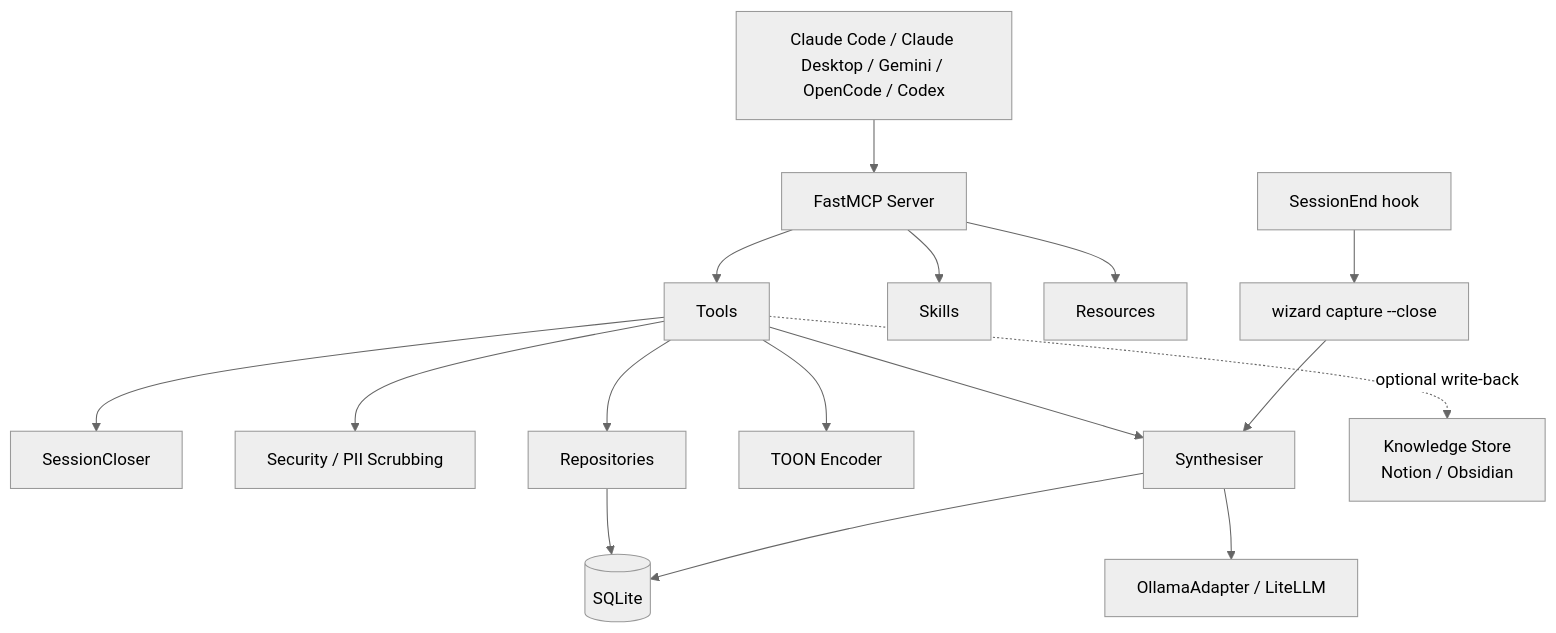
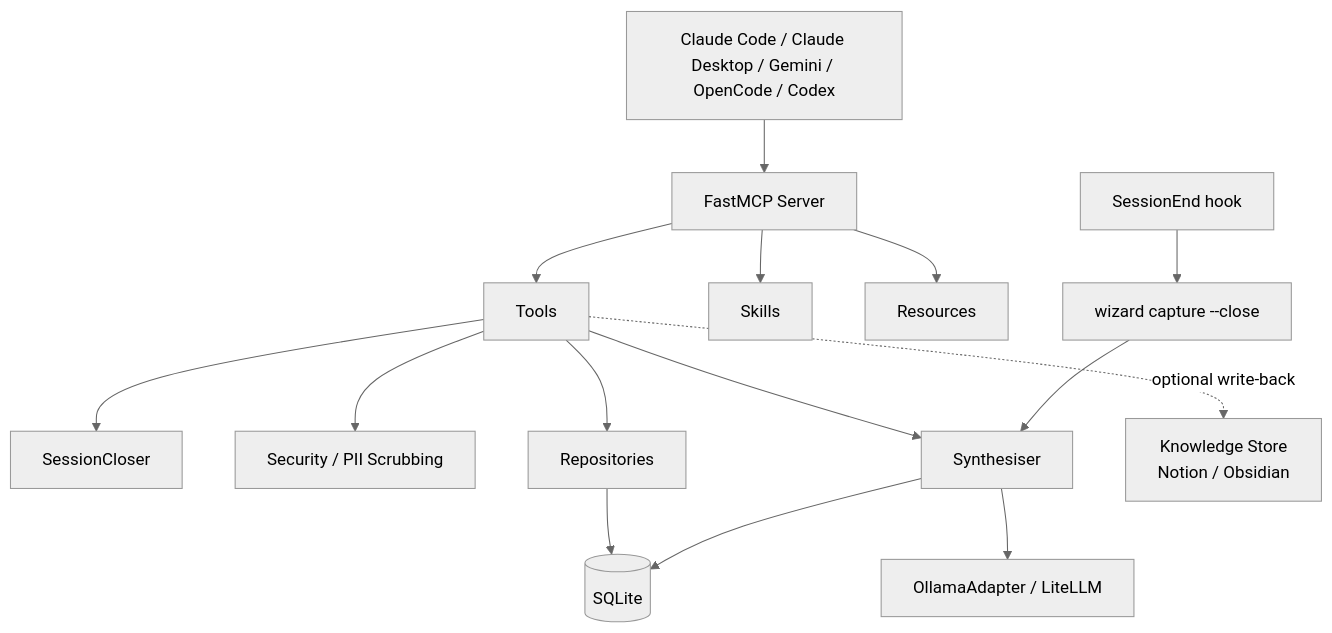
One commit to kiran-capoor94/wizard changed the diagram in README.md. Above: the diagram before and after it, drawn with Mermaid (neutral theme). The commit also changed other lines of this file and 60 other files, not shown here.

````diff
--- a/README.md
+++ b/README.md
@@ -157,18 +218,17 @@
 ```mermaid
 graph TD
     A[Claude Code / Claude Desktop / Gemini / OpenCode / Codex] --> B[FastMCP Server]
     B --> C[Tools]
     B --> D[Skills]
     B --> E[Resources]
     C --> F[SessionCloser]
     C --> G[Security / PII Scrubbing]
     C --> H[Repositories]
-    C --> T[TOON Encoder]
     H --> I[(SQLite)]
     C --> P[Synthesiser]
     N[SessionEnd hook] --> O[wizard capture --close]
     O --> P
     P --> Q[OllamaAdapter / LiteLLM]
     P --> I
     C -.->|optional write-back| L[Knowledge Store\nNotion / Obsidian]
 ```
````
